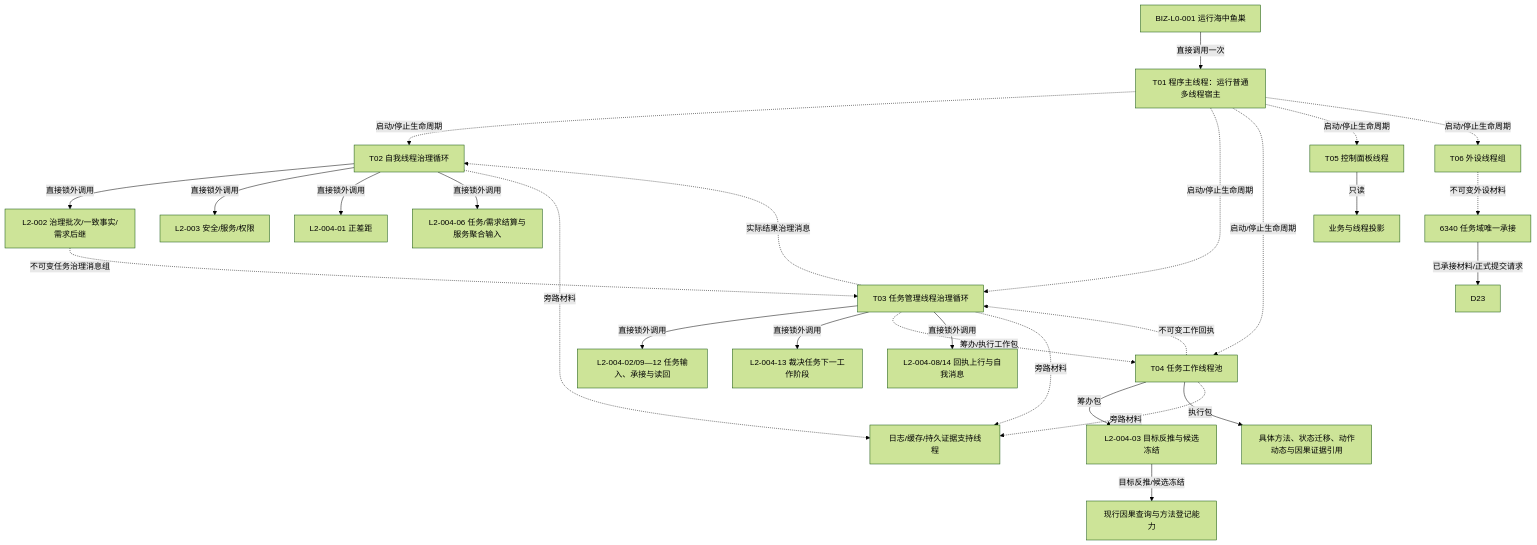
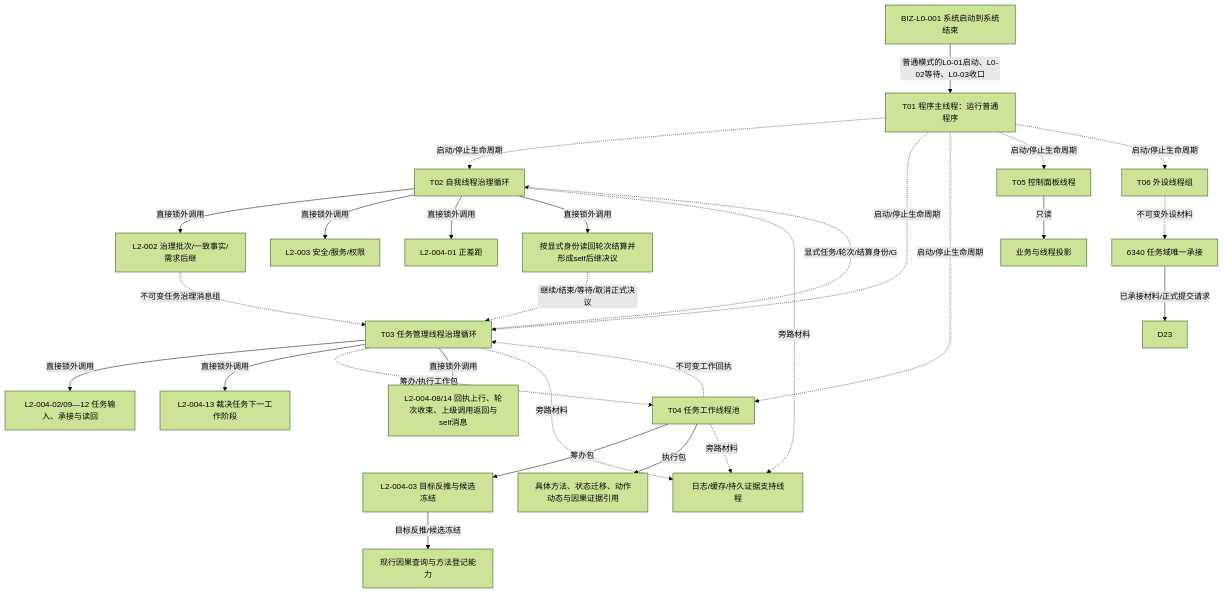
Before and after one commit to chunhaizh-cyber/HY-Ego: the diagram in 流程图/目标业务流程图/业务节点到能力与目标函数映射.md, drawn with Mermaid (forest theme). The commit also changed other lines of this file and 27 other files, not shown here.

````diff
--- a/流程图/目标业务流程图/业务节点到能力与目标函数映射.md
+++ b/流程图/目标业务流程图/业务节点到能力与目标函数映射.md
@@ -522,29 +522,30 @@
 ```mermaid
 flowchart TD
-    L0["BIZ-L0-001 运行海中鱼巣"] -->|直接调用一次| T01["T01 程序主线程：运行普通多线程宿主"]
+    L0["BIZ-L0-001 系统启动到系统结束"] -->|普通模式的L0-01启动、L0-02等待、L0-03收口| T01["T01 程序主线程：运行普通程序"]
     T01 -. "启动/停止生命周期" .-> T02["T02 自我线程治理循环"]
     T01 -. "启动/停止生命周期" .-> T03["T03 任务管理线程治理循环"]
     T01 -. "启动/停止生命周期" .-> T04["T04 任务工作线程池"]
     T01 -. "启动/停止生命周期" .-> T05["T05 控制面板线程"]
     T01 -. "启动/停止生命周期" .-> T06["T06 外设线程组"]
     T02 -->|直接锁外调用| G02["L2-002 治理批次/一致事实/需求后继"]
     T02 -->|直接锁外调用| S03["L2-003 安全/服务/权限"]
     T02 -->|直接锁外调用| D01["L2-004-01 正差距"]
     G02 -. "不可变任务治理消息组" .-> T03
     T03 -->|直接锁外调用| D02["L2-004-02/09—12 任务输入、承接与读回"]
     T03 -->|直接锁外调用| DSTATE["L2-004-13 裁决任务下一工作阶段"]
     T03 -. "筹办/执行工作包" .-> T04
     T04 -->|筹办包| D03["L2-004-03 目标反推与候选冻结"]
     D03 -->|目标反推/候选冻结| C01["现行因果查询与方法登记能力"]
     T04 -->|执行包| A01["具体方法、状态迁移、动作动态与因果证据引用"]
     T04 -. "不可变工作回执" .-> T03
-    T03 -->|直接锁外调用| D58["L2-004-08/14 回执上行与自我消息"]
-    T03 -. "实际结果治理消息" .-> T02
-    T02 -->|直接锁外调用| D06["L2-004-06 任务/需求结算与服务聚合输入"]
+    T03 -->|直接锁外调用| D58["L2-004-08/14 回执上行、轮次收束、上级调用返回与self消息"]
+    T03 -. "显式任务/轮次/结算身份/G" .-> T02
+    T02 -->|直接锁外调用| D06["按显式身份读回轮次结算并形成self后继决议"]
+    D06 -. "继续/结束/等待/取消正式决议" .-> T03
     T06 -. "不可变外设材料" .-> E01["6340 任务域唯一承接"]
     E01 -->|已承接材料/正式提交请求| D23
     T05 -->|只读| P01["业务与线程投影"]
     T02 -. "旁路材料" .-> SUP["日志/缓存/持久证据支持线程"]
     T03 -. "旁路材料" .-> SUP
     T04 -. "旁路材料" .-> SUP
 ```
````
